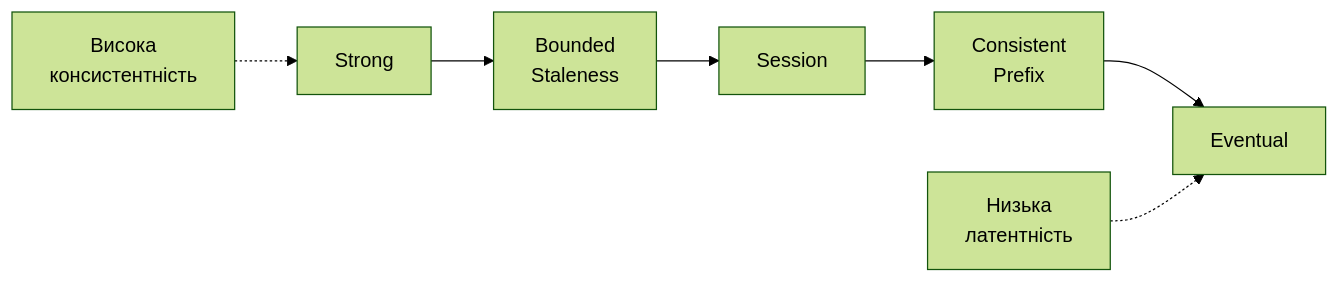
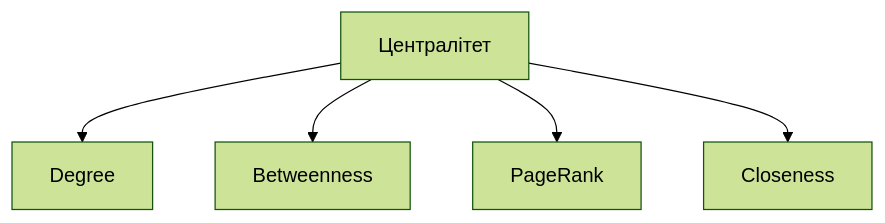
The fifth of 6 diagrams in presentations/presentation-15.md (olroi421/course-bd), drawn with Mermaid (forest theme) before and after one commit. The commit also changed other lines of this file and 26 other files, not shown here.

````diff
--- a/presentations/presentation-15.md
+++ b/presentations/presentation-15.md
@@ -629,10 +183,7 @@
 ```mermaid
-graph LR
-    A[Strong] --> B[Bounded<br/>Staleness]
-    B --> C[Session]
-    C --> D[Consistent<br/>Prefix]
-    D --> E[Eventual]
-
-    F[Висока<br/>консистентність] -.-> A
-    G[Низька<br/>латентність] -.-> E
+graph TB
+    A[Централітет] --> B[Degree]
+    A --> C[Betweenness]
+    A --> D[PageRank]
+    A --> E[Closeness]
 ```
````
